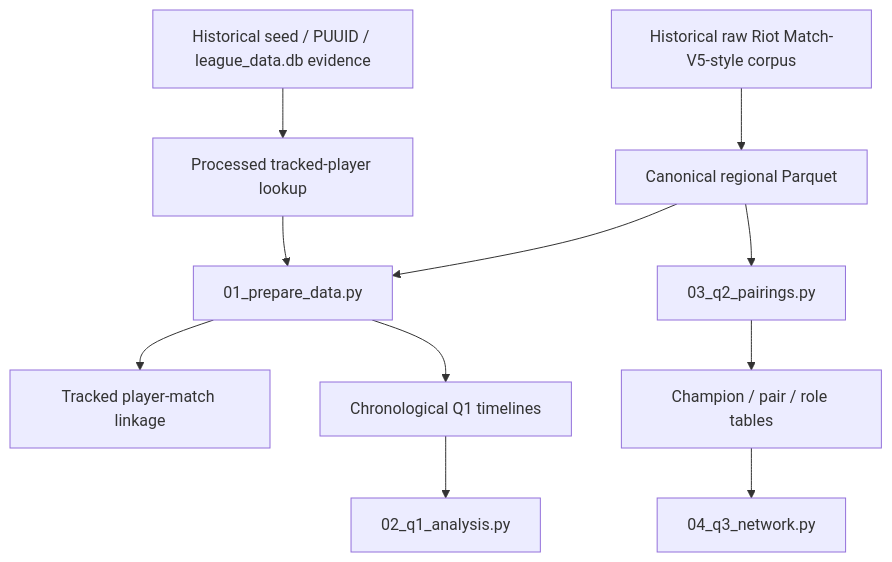
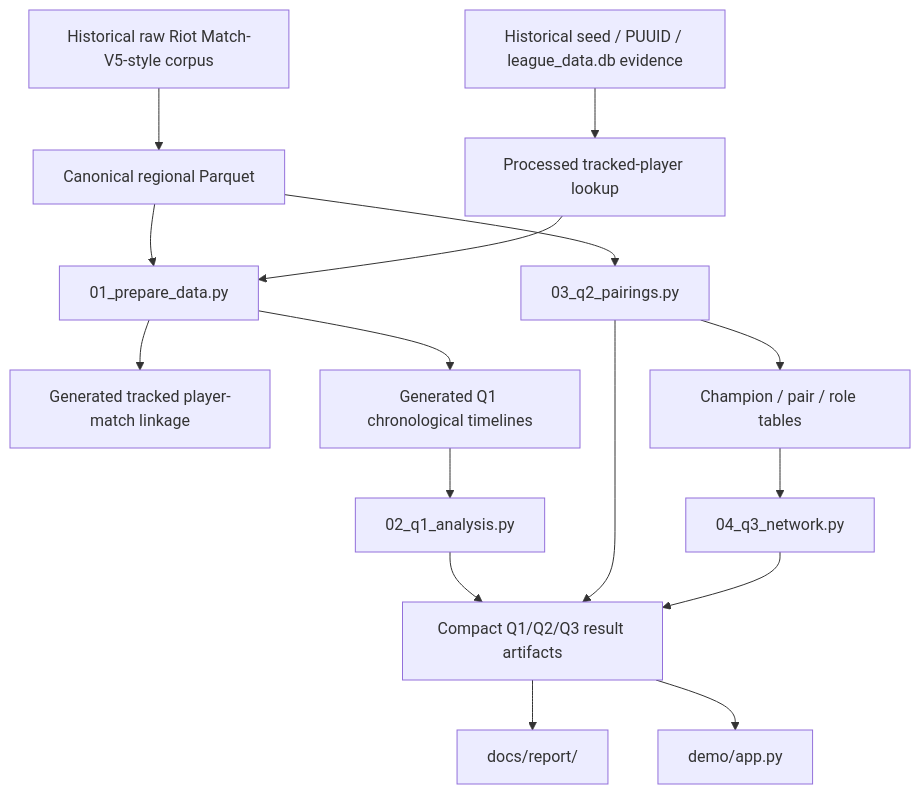
Before and after one commit to ShayMorad/LoL-Behavioral-Analysis: the diagram in docs/DATA_AND_PIPELINE_GUIDE.md, drawn with Mermaid. The commit also changed other lines of this file and 10 other files, not shown here.

````diff
--- a/docs/DATA_AND_PIPELINE_GUIDE.md
+++ b/docs/DATA_AND_PIPELINE_GUIDE.md
@@ -9,13 +11,23 @@
 ```mermaid
 flowchart TD
     RAW[Historical raw Riot Match-V5-style corpus] --> CAN[Canonical regional Parquet]
     ID[Historical seed / PUUID / league_data.db evidence] --> LOOKUP[Processed tracked-player lookup]
+
     CAN --> PREP[01_prepare_data.py]
     LOOKUP --> PREP
-    PREP --> LINK[Tracked player-match linkage]
-    PREP --> TL[Chronological Q1 timelines]
+
+    PREP --> LINK[Generated tracked player-match linkage]
+    PREP --> TL[Generated Q1 chronological timelines]
+
     TL --> Q1[02_q1_analysis.py]
     CAN --> Q2[03_q2_pairings.py]
     Q2 --> PAIRS[Champion / pair / role tables]
     PAIRS --> Q3[04_q3_network.py]
+
+    Q1 --> RESULTS[Compact Q1/Q2/Q3 result artifacts]
+    Q2 --> RESULTS
+    Q3 --> RESULTS
+
+    RESULTS --> REPORT[docs/report/]
+    RESULTS --> DEMO[demo/app.py]
 ```
````
